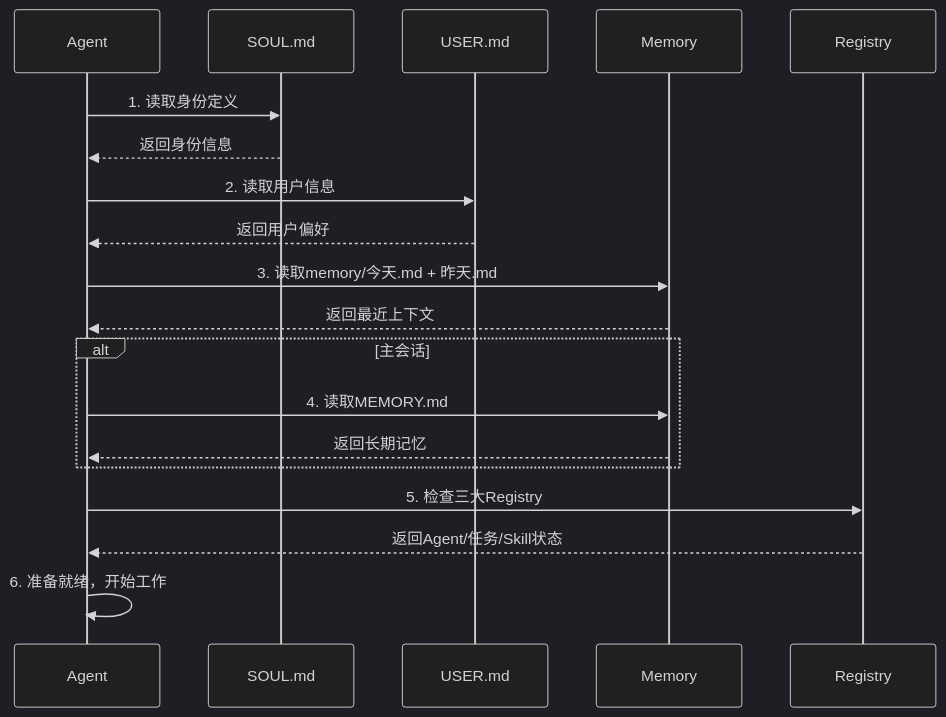
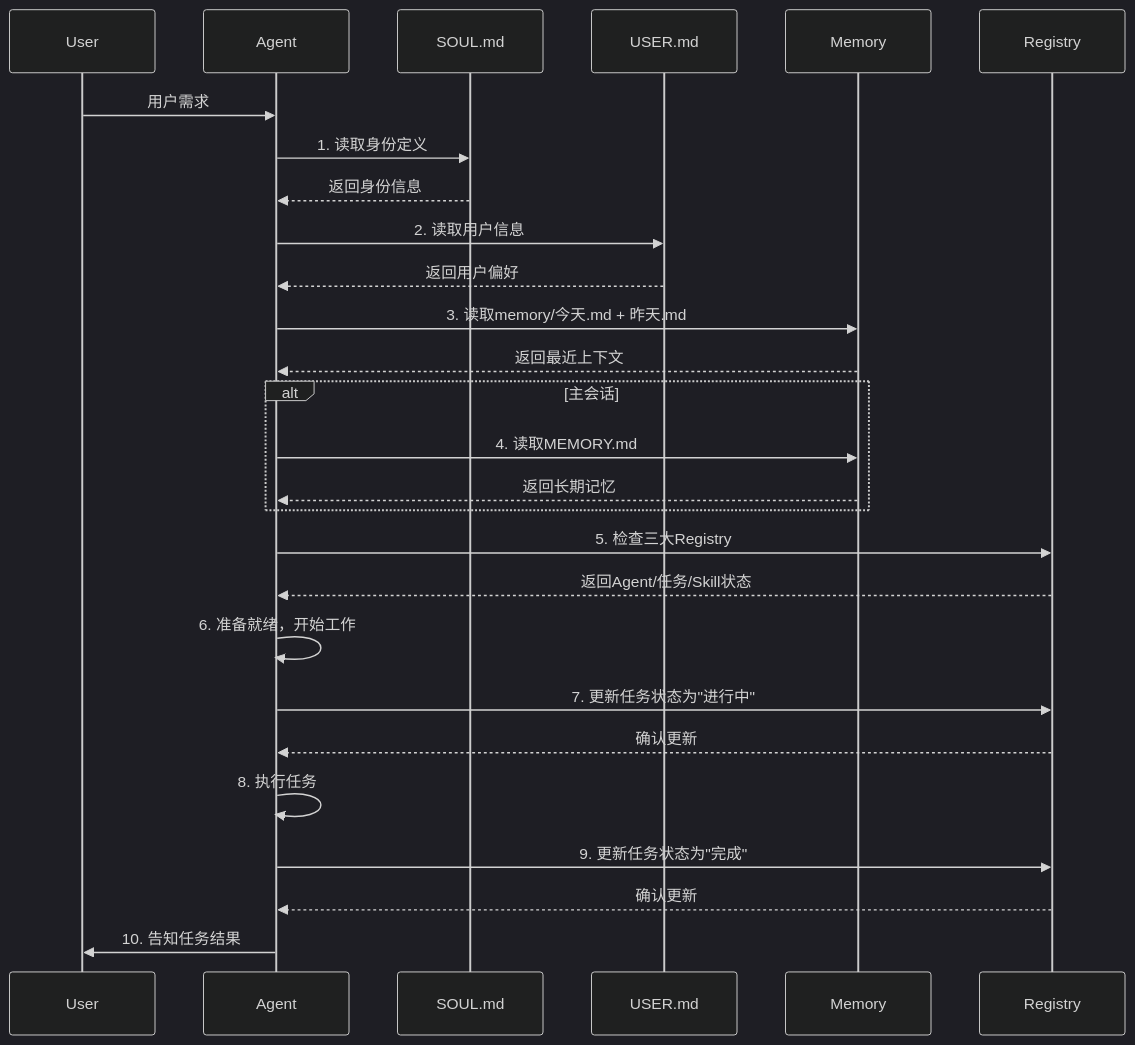
The first of 7 diagrams in workspace/AGENTS.md (176336109/MockClaw), drawn with Mermaid (dark theme) before and after one commit. The commit also changed other lines of this file and 30 other files, not shown here.

````diff
--- a/workspace/AGENTS.md
+++ b/workspace/AGENTS.md
@@ -13,27 +13,40 @@
 ```mermaid
 sequenceDiagram
+    participant User
     participant Agent
     participant SOUL.md
     participant USER.md
     participant Memory
     participant Registry
+
+    User->>Agent: 用户需求
     
     Agent->>SOUL.md: 1. 读取身份定义
     SOUL.md-->>Agent: 返回身份信息
     
     Agent->>USER.md: 2. 读取用户信息
     USER.md-->>Agent: 返回用户偏好
     
     Agent->>Memory: 3. 读取memory/今天.md + 昨天.md
     Memory-->>Agent: 返回最近上下文
     
     alt 主会话
         Agent->>Memory: 4. 读取MEMORY.md
         Memory-->>Agent: 返回长期记忆
     end
     
     Agent->>Registry: 5. 检查三大Registry
     Registry-->>Agent: 返回Agent/任务/Skill状态
     
     Agent->>Agent: 6. 准备就绪，开始工作
+    
+    Agent->>Registry: 7. 更新任务状态为"进行中"
+    Registry-->>Agent: 确认更新
+    
+    Agent->>Agent: 8. 执行任务
+    
+    Agent->>Registry: 9. 更新任务状态为"完成"
+    Registry-->>Agent: 确认更新
+    
+    Agent->>User: 10. 告知任务结果
 ```
````
